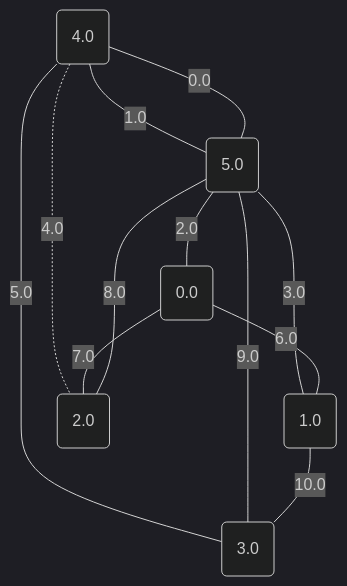
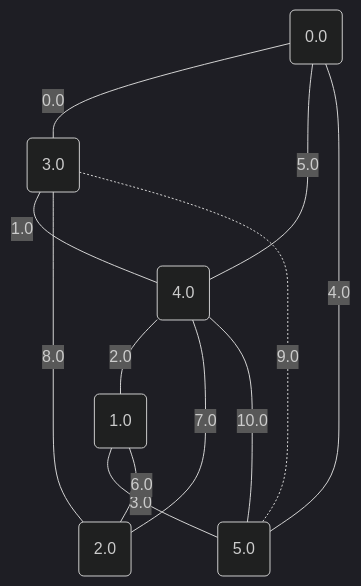
The tenth of 17 diagrams in project/src/testing/minCutPetersen.md (metury/graphs), drawn with Mermaid (dark theme) before and after one commit. The commit also changed other lines of this file and 52 other files, not shown here.

````diff
--- a/project/src/testing/minCutPetersen.md
+++ b/project/src/testing/minCutPetersen.md
@@ -268,20 +268,20 @@
 ```mermaid
 graph TD;
 0("0.0");
 1("1.0");
 2("2.0");
 3("3.0");
 4("4.0");
 5("5.0");
-	5 -- "0.0" --- 4;
-	4 -- "1.0" --- 5;
-	5 -- "2.0" --- 0;
-	5 -- "3.0" --- 1;
-	4 -. "4.0" -.- 2;
-	4 -- "5.0" --- 3;
-	0 -- "6.0" --- 1;
-	0 -- "7.0" --- 2;
-	5 -- "8.0" --- 2;
-	5 -- "9.0" --- 3;
-	1 -- "10.0" --- 3;
+	0 -- "0.0" --- 3;
+	3 -- "1.0" --- 4;
+	4 -- "2.0" --- 1;
+	1 -- "3.0" --- 5;
+	5 -- "4.0" --- 0;
+	0 -- "5.0" --- 4;
+	1 -- "6.0" --- 2;
+	4 -- "7.0" --- 2;
+	3 -- "8.0" --- 2;
+	3 -. "9.0" -.- 5;
+	4 -- "10.0" --- 5;
 ```
````
